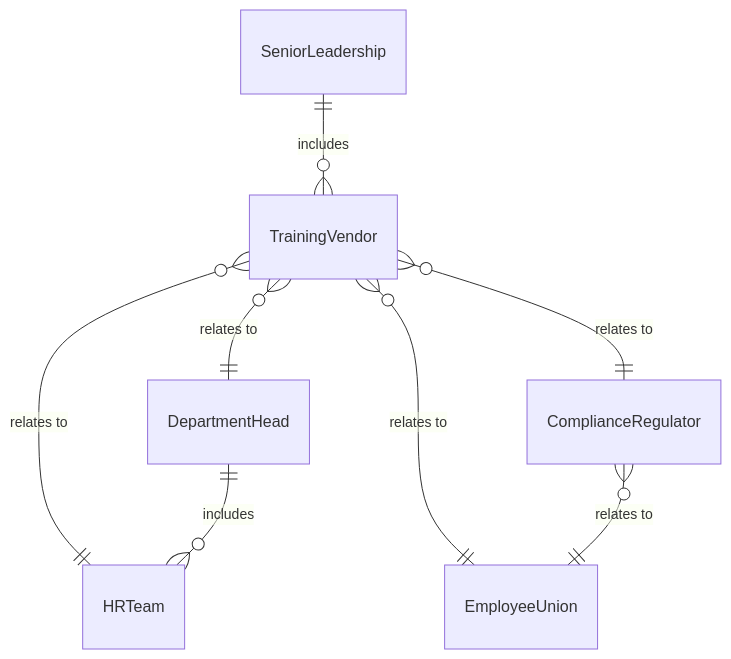
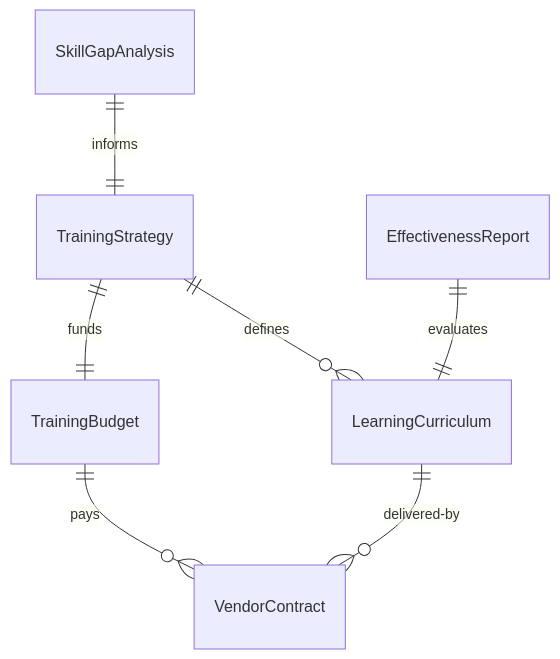
The first of 4 diagrams in GuidingDirectingAndMotivatingSubordinates/ManageHumanResourcesActivities/DirectEmployeeTrainingPrograms.mdx (dot-org-ai/tasks.org.ai), drawn with Mermaid before and after one commit. The commit also changed other lines of this file and 515 other files, not shown here.

````diff
--- a/GuidingDirectingAndMotivatingSubordinates/ManageHumanResourcesActivities/DirectEmployeeTrainingPrograms.mdx
+++ b/GuidingDirectingAndMotivatingSubordinates/ManageHumanResourcesActivities/DirectEmployeeTrainingPrograms.mdx
@@ -89,10 +89,9 @@
 ```mermaid
 erDiagram
-    SeniorLeadership ||--o{ TrainingVendor : includes
-    TrainingVendor }o--|| DepartmentHead : "relates to"
-    TrainingVendor }o--|| HRTeam : "relates to"
-    TrainingVendor }o--|| ComplianceRegulator : "relates to"
-    TrainingVendor }o--|| EmployeeUnion : "relates to"
-    DepartmentHead ||--o{ HRTeam : includes
-    ComplianceRegulator }o--|| EmployeeUnion : "relates to"
+    TrainingStrategy ||--|| TrainingBudget : "funds"
+    TrainingStrategy ||--o{ LearningCurriculum : "defines"
+    LearningCurriculum ||--o{ VendorContract : "delivered-by"
+    SkillGapAnalysis ||--|| TrainingStrategy : "informs"
+    EffectivenessReport ||--|| LearningCurriculum : "evaluates"
+    TrainingBudget ||--o{ VendorContract : "pays"
 ```
````
